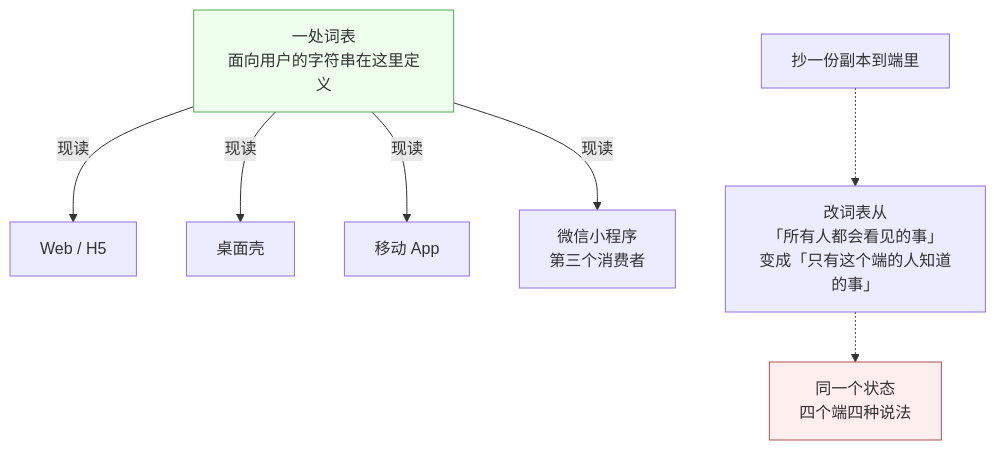
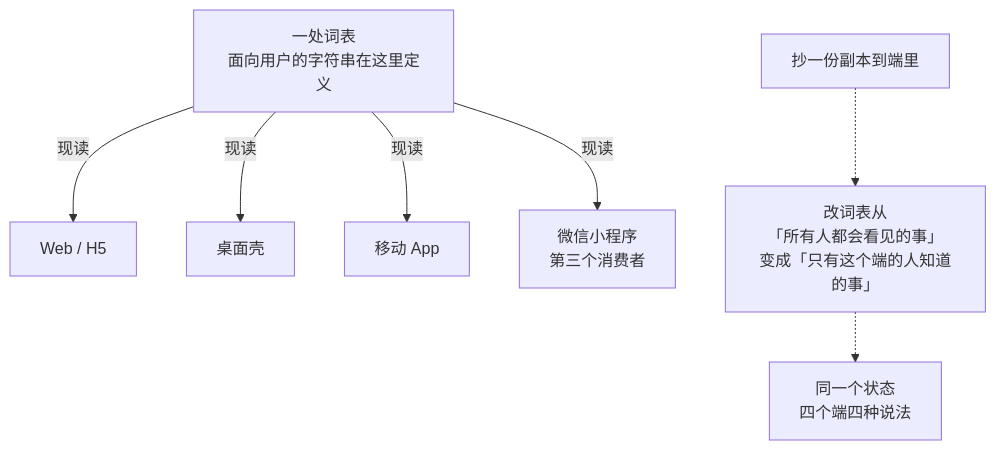
Before and after one commit to chenyuanjin/kubic: the first of 2 diagrams in docs/product/modules/M6-端与形态/U6.3-响应式与跨端一致性.md, drawn with Mermaid. The commit also changed 14 other files, not shown here.

First line of the commit message:
KUBI-76 终审第一批:M0-G2 落败方补齐 + TS-08 转录纠错 + 搜索端点残留 + 流程图去色

````diff
--- a/docs/product/modules/M6-端与形态/U6.3-响应式与跨端一致性.md
+++ b/docs/product/modules/M6-端与形态/U6.3-响应式与跨端一致性.md
@@ -69,14 +69,12 @@
 ```mermaid
 flowchart TD
     W["一处词表<br/>面向用户的字符串在这里定义"]
     W -->|现读| E1["Web / H5"]
     W -->|现读| E2["桌面壳"]
     W -->|现读| E3["移动 App"]
     W -->|现读| E4["微信小程序<br/>第三个消费者"]
 
     B["抄一份副本到端里"] -.-> X["改词表从<br/>「所有人都会看见的事」<br/>变成「只有这个端的人知道的事」"]
     X -.-> Y["同一个状态<br/>四个端四种说法"]
 
-    style W fill:#efe,stroke:#5a5
-    style Y fill:#fee,stroke:#a55
 ```
````
